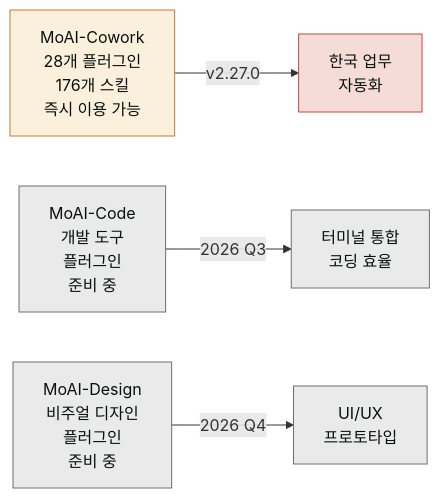
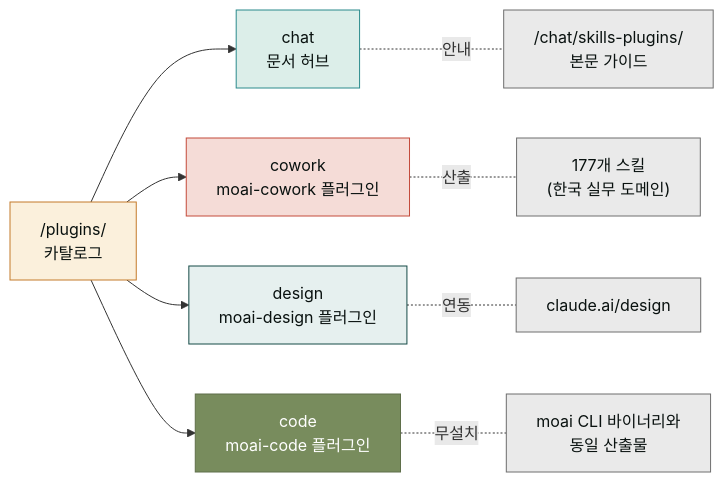
One commit to modu-ai/claude changed the diagram in www/content/plugins/_index.md. Above: the diagram before and after it, drawn with Mermaid. The commit also changed other lines of this file and 35 other files, not shown here.

````diff
--- a/www/content/plugins/_index.md
+++ b/www/content/plugins/_index.md
@@ -12,13 +17,22 @@
 ```mermaid
 flowchart LR
-    A["MoAI-Cowork<br/>28개 플러그인<br/>176개 스킬<br/>즉시 이용 가능"] -->|v2.27.0| B["한국 업무<br/>자동화"]
-    C["MoAI-Code<br/>개발 도구<br/>플러그인<br/>준비 중"] -->|2026 Q3| D["터미널 통합<br/>코딩 효율"]
-    E["MoAI-Design<br/>비주얼 디자인<br/>플러그인<br/>준비 중"] -->|2026 Q4| F["UI/UX<br/>프로토타입"]
-    
-    style A fill:#fbf0dc,stroke:#c47b2a,color:#09110f
-    style B fill:#f5dcd7,stroke:#c44a3a,color:#09110f
-    style C fill:#eaeaea,stroke:#6e6e6e,color:#09110f
-    style D fill:#eaeaea,stroke:#6e6e6e,color:#09110f
-    style E fill:#eaeaea,stroke:#6e6e6e,color:#09110f
-    style F fill:#eaeaea,stroke:#6e6e6e,color:#09110f
+    Root["/plugins/<br/>카탈로그"] --> Chat["chat<br/>문서 허브"]
+    Root --> Cowork["cowork<br/>moai-cowork 플러그인"]
+    Root --> Design["design<br/>moai-design 플러그인"]
+    Root --> Code["code<br/>moai-code 플러그인"]
+
+    Chat -. 안내 .- ChatFull["/chat/skills-plugins/<br/>본문 가이드"]
+    Cowork -. 산출 .- CoworkSkills["177개 스킬<br/>(한국 실무 도메인)"]
+    Design -. 연동 .- ClaudeDesign["claude.ai/design"]
+    Code -. 무설치 .- SameAs["moai CLI 바이너리와<br/>동일 산출물"]
+
+    style Root fill:#fbf0dc,stroke:#c47b2a,color:#09110f
+    style Chat fill:#dceee9,stroke:#2a8a8c,color:#09110f
+    style Cowork fill:#f5dcd7,stroke:#c44a3a,color:#09110f
+    style Design fill:#e6f0ef,stroke:#144a46,color:#09110f
+    style Code fill:#788C5D,stroke:#5F6F4A,color:#FFFFFF
+    style ChatFull fill:#eaeaea,stroke:#6e6e6e,color:#09110f
+    style CoworkSkills fill:#eaeaea,stroke:#6e6e6e,color:#09110f
+    style ClaudeDesign fill:#eaeaea,stroke:#6e6e6e,color:#09110f
+    style SameAs fill:#eaeaea,stroke:#6e6e6e,color:#09110f
 ```
````
